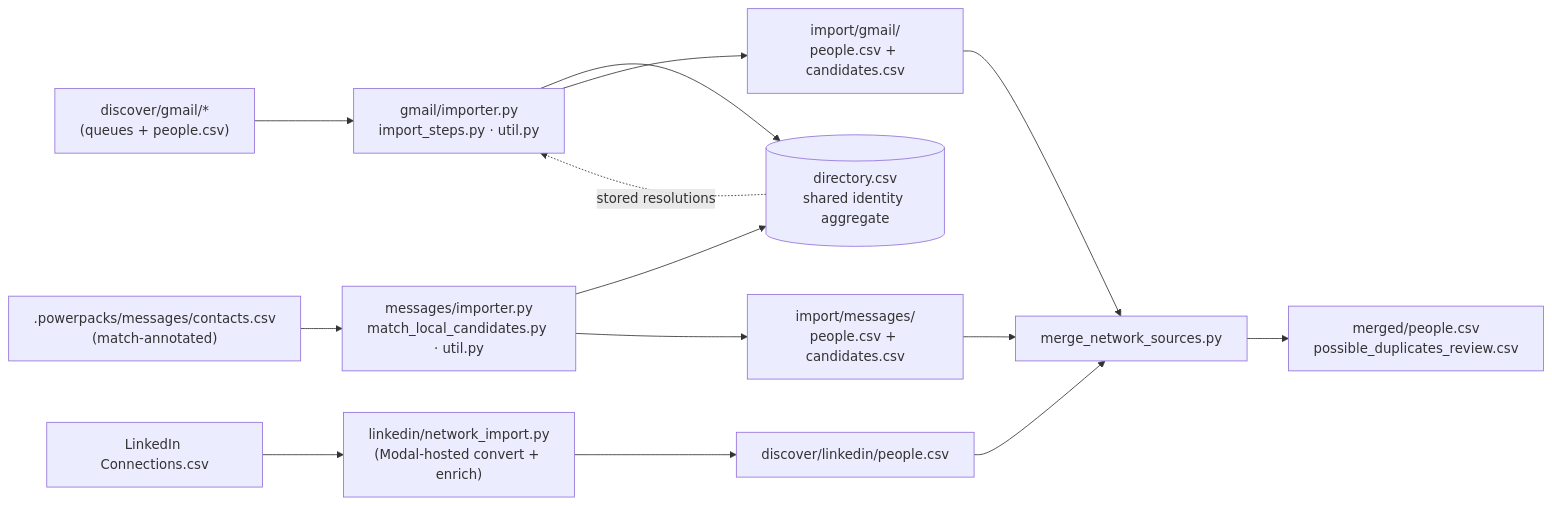
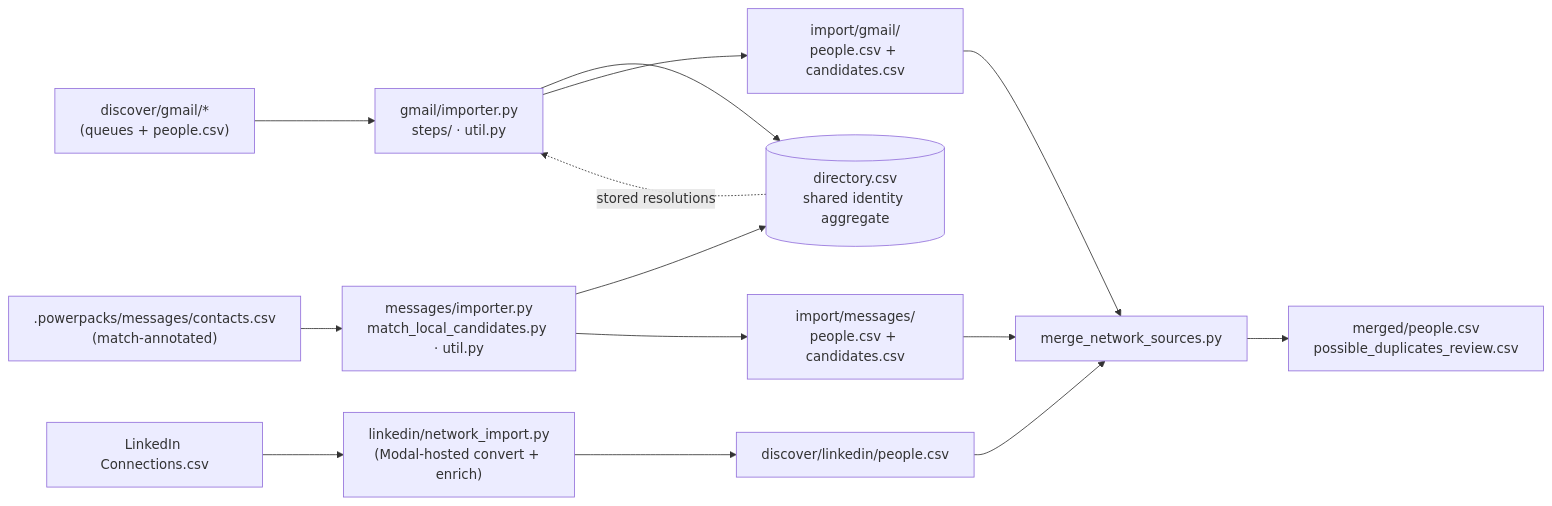
The diagram in packs/ingestion/primitives/imports/README.md (powerset-co/powerpacks), drawn with Mermaid before and after one commit. The commit also changed other lines of this file and 47 other files, not shown here.

````diff
--- a/packs/ingestion/primitives/imports/README.md
+++ b/packs/ingestion/primitives/imports/README.md
@@ -25,24 +29,24 @@
 ```mermaid
 flowchart LR
   GDISC["discover/gmail/*<br/>(queues + people.csv)"]
   MDISC[".powerpacks/messages/contacts.csv<br/>(match-annotated)"]
   LCSV["LinkedIn Connections.csv"]
 
-  GDISC --> GIMP["gmail/importer.py<br/>import_steps.py · util.py"]
+  GDISC --> GIMP["gmail/importer.py<br/>steps/ · util.py"]
   MDISC --> MIMP["messages/importer.py<br/>match_local_candidates.py · util.py"]
   LCSV --> LIMP["linkedin/network_import.py<br/>(Modal-hosted convert + enrich)"]
 
   DIR[("directory.csv<br/>shared identity aggregate")]
   GIMP --> DIR
   MIMP --> DIR
   DIR -. stored resolutions .-> GIMP
 
   GIMP --> GP["import/gmail/<br/>people.csv + candidates.csv"]
   MIMP --> MP["import/messages/<br/>people.csv + candidates.csv"]
   LIMP --> LP["discover/linkedin/people.csv"]
 
   GP --> FANIN["merge_network_sources.py"]
   MP --> FANIN
   LP --> FANIN
   FANIN --> MERGED["merged/people.csv<br/>possible_duplicates_review.csv"]
 ```
````
